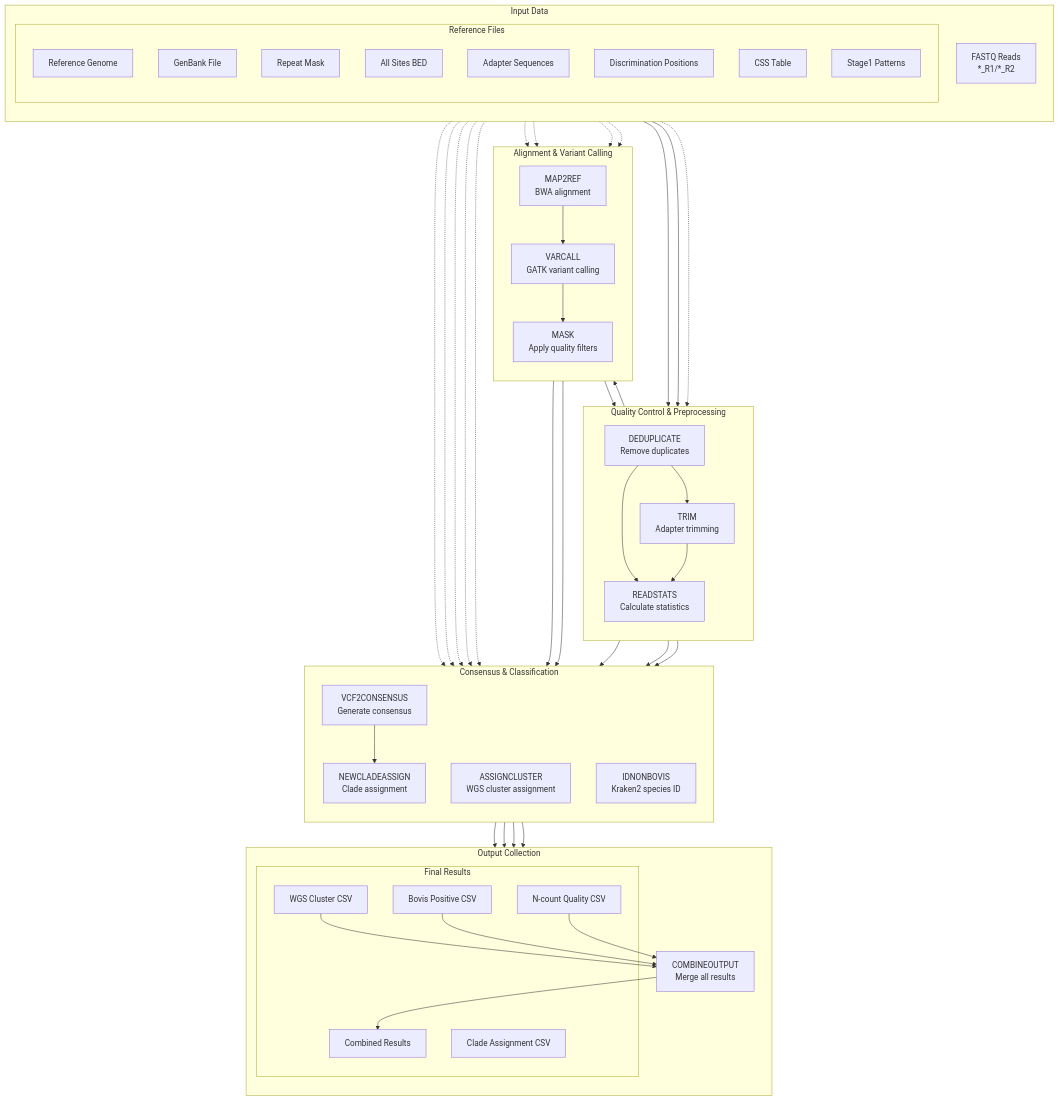
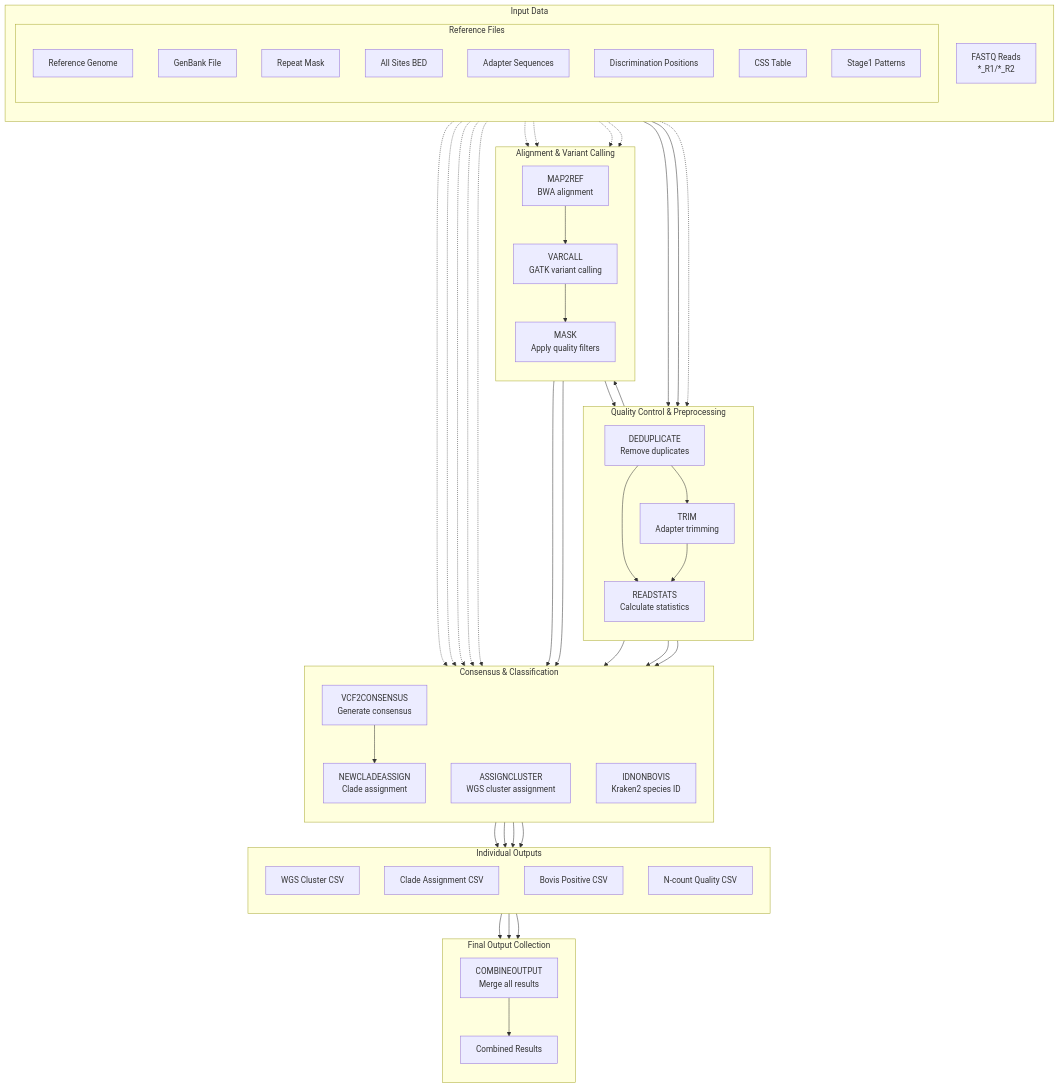
One commit to APHA-CSU/btb-seq changed the diagram in README.md. Above: the diagram before and after it, drawn with Mermaid.

```diff
--- a/README.md
+++ b/README.md
@@ -75,17 +75,20 @@
         K[IDNONBOVIS<br/>Kraken2 species ID]
     end
     
-    %% Output collection
-    subgraph output ["Output Collection"]
+    %% Individual outputs
+    subgraph individual ["Individual Outputs"]
+        direction TB
+        OUT1[WGS Cluster CSV]
+        OUT2[Clade Assignment CSV]
+        OUT3[Bovis Positive CSV]
+        OUT4[N-count Quality CSV]
+    end
+    
+    %% Final output collection
+    subgraph output ["Final Output Collection"]
         direction TB
         L[COMBINEOUTPUT<br/>Merge all results]
-        subgraph results ["Final Results"]
-            OUT1[WGS Cluster CSV]
-            OUT2[Clade Assignment CSV]
-            OUT3[Bovis Positive CSV]
-            OUT4[N-count Quality CSV]
-            OUT5[Combined Results]
-        end
+        OUT5[Combined Results]
     end
     
     %% Data flow
@@ -109,12 +112,13 @@
     H --> K
     C --> K
     
-    %% Output generation
+    %% Individual output generation
     I --> OUT1
     J --> OUT2
     K --> OUT3
     G --> OUT4
     
+    %% Final collection
     OUT1 --> L
     OUT3 --> L
     OUT4 --> L
```
